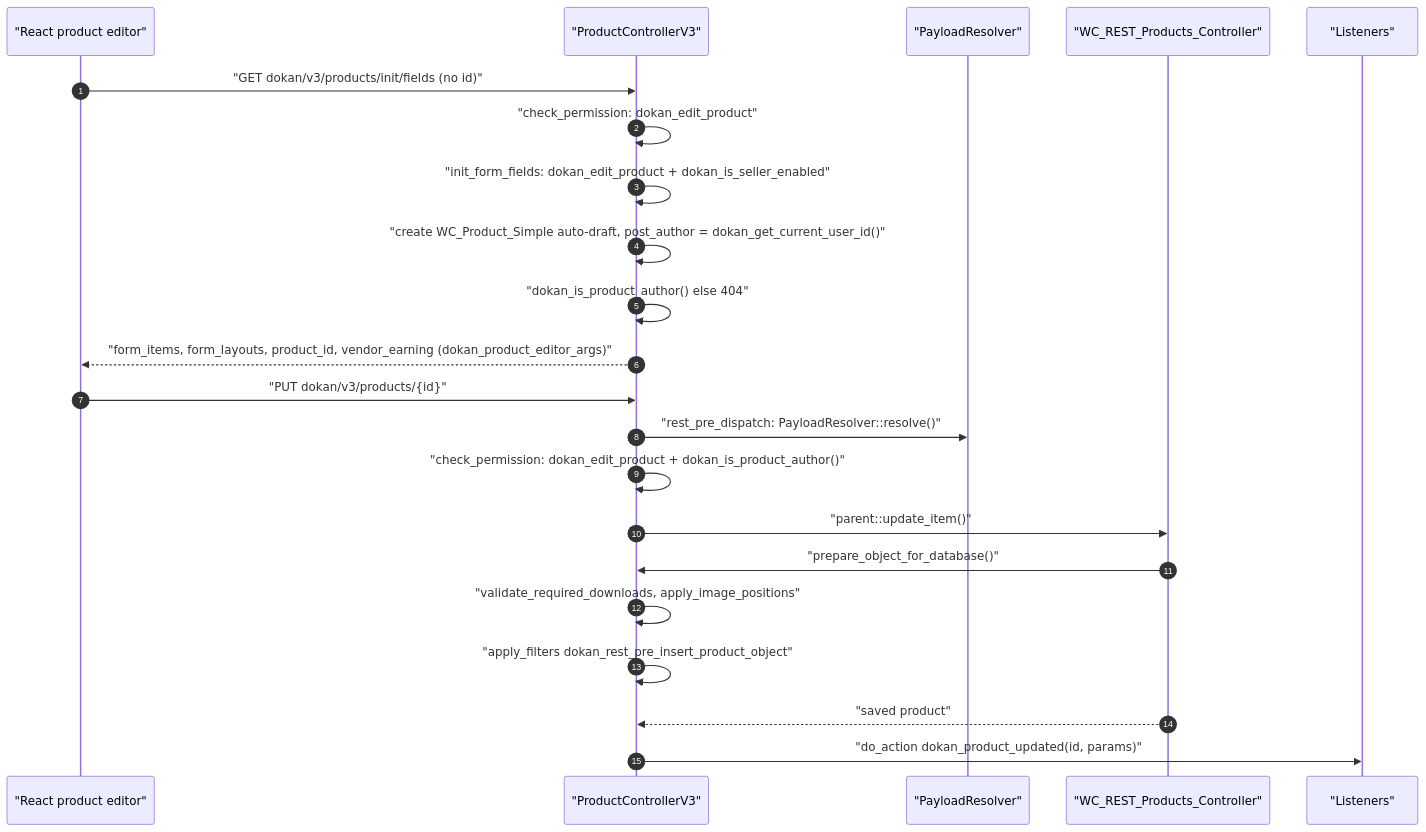
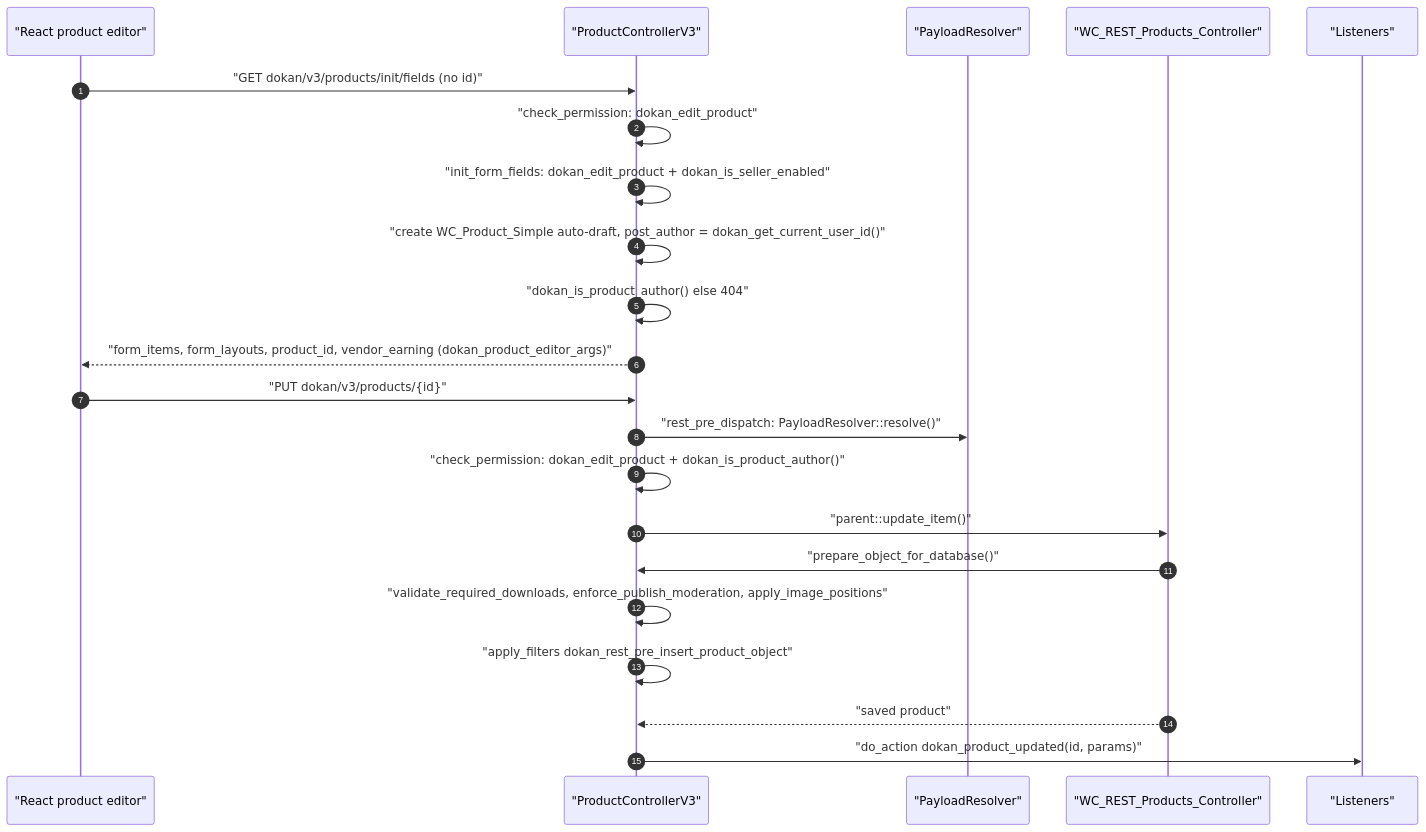
The second of 3 diagrams in docs/adr/reference/products.md (getdokan/dokan), drawn with Mermaid before and after one commit. The commit also changed other lines of this file and 32 other files, not shown here.

````diff
--- a/docs/adr/reference/products.md
+++ b/docs/adr/reference/products.md
@@ -137,25 +137,25 @@
 ```mermaid
 sequenceDiagram
     autonumber
     participant UI as "React product editor"
     participant C as "ProductControllerV3"
     participant R as "PayloadResolver"
     participant WC as "WC_REST_Products_Controller"
     participant L as "Listeners"
 
     UI->>C: "GET dokan/v3/products/init/fields (no id)"
     C->>C: "check_permission: dokan_edit_product"
     C->>C: "init_form_fields: dokan_edit_product + dokan_is_seller_enabled"
     C->>C: "create WC_Product_Simple auto-draft, post_author = dokan_get_current_user_id()"
     C->>C: "dokan_is_product_author() else 404"
     C-->>UI: "form_items, form_layouts, product_id, vendor_earning (dokan_product_editor_args)"
     UI->>C: "PUT dokan/v3/products/{id}"
     C->>R: "rest_pre_dispatch: PayloadResolver::resolve()"
     C->>C: "check_permission: dokan_edit_product + dokan_is_product_author()"
     C->>WC: "parent::update_item()"
     WC->>C: "prepare_object_for_database()"
-    C->>C: "validate_required_downloads, apply_image_positions"
+    C->>C: "validate_required_downloads, enforce_publish_moderation, apply_image_positions"
     C->>C: "apply_filters dokan_rest_pre_insert_product_object"
     WC-->>C: "saved product"
     C->>L: "do_action dokan_product_updated(id, params)"
 ```
````
